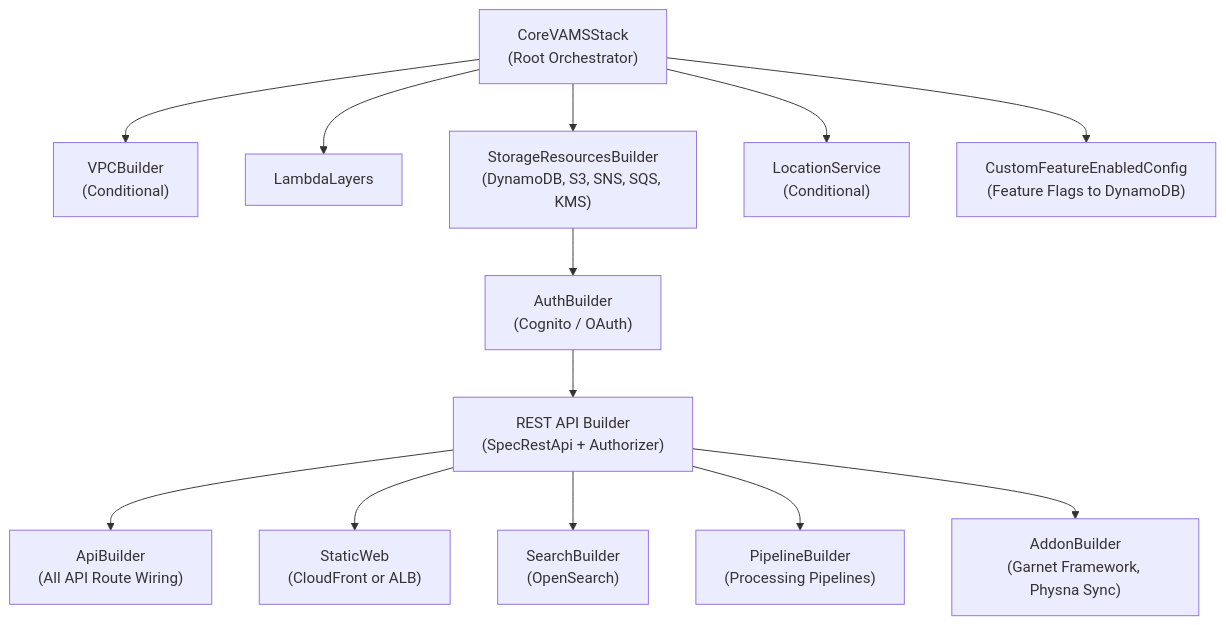
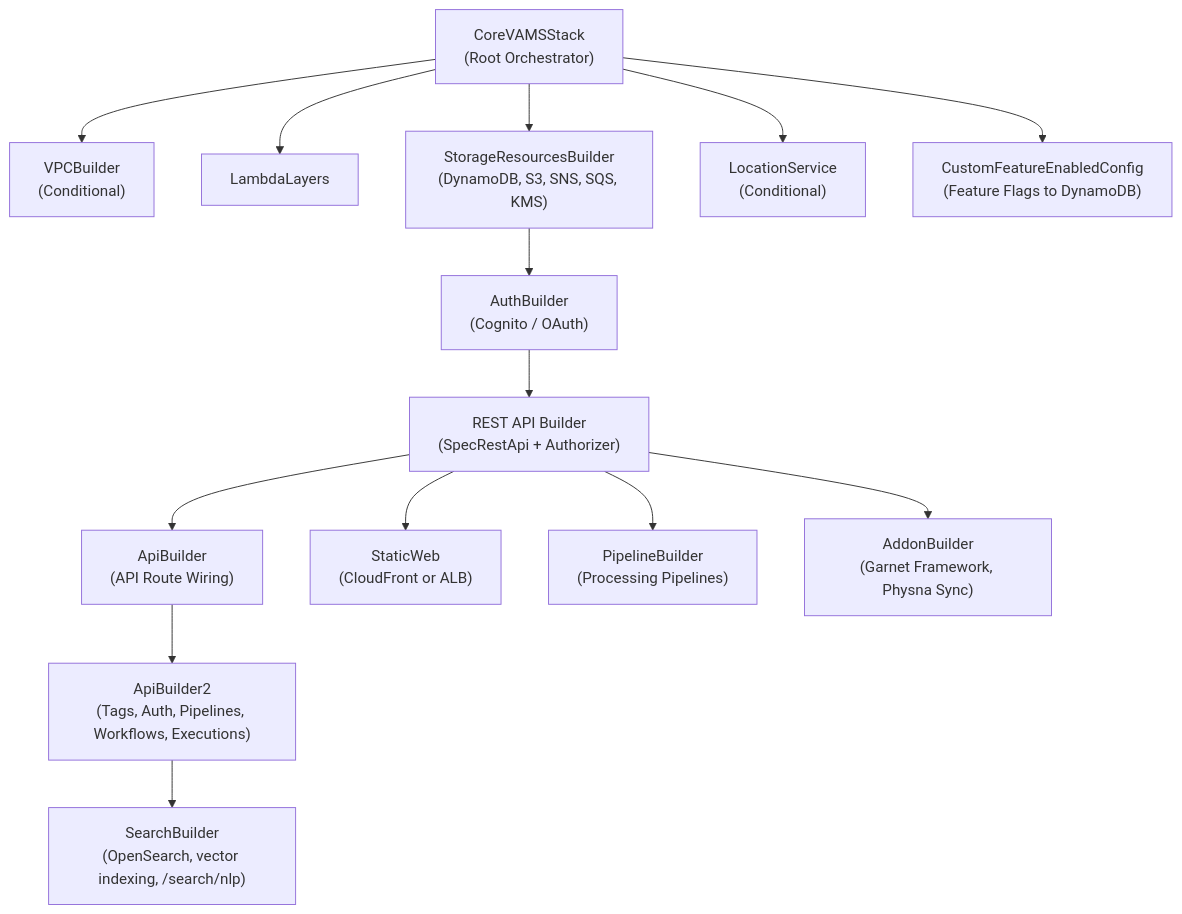
Before and after one commit to awslabs/visual-asset-management-system: the third of 3 diagrams in documentation/docusaurus-site/docs/architecture/overview.md, drawn with Mermaid. The commit also changed other lines of this file and 60 other files, not shown here.

````diff
--- a/documentation/docusaurus-site/docs/architecture/overview.md
+++ b/documentation/docusaurus-site/docs/architecture/overview.md
@@ -130,29 +130,31 @@
 ```mermaid
 graph TD
     Core["CoreVAMSStack<br/>(Root Orchestrator)"]
     VPC["VPCBuilder<br/>(Conditional)"]
     Layers["LambdaLayers"]
     Storage["StorageResourcesBuilder<br/>(DynamoDB, S3, SNS, SQS, KMS)"]
     Auth["AuthBuilder<br/>(Cognito / OAuth)"]
     API["REST API Builder<br/>(SpecRestApi + Authorizer)"]
-    APIBuilder["ApiBuilder<br/>(All API Route Wiring)"]
+    APIBuilder["ApiBuilder<br/>(API Route Wiring)"]
+    APIBuilder2["ApiBuilder2<br/>(Tags, Auth, Pipelines, Workflows, Executions)"]
     StaticWeb["StaticWeb<br/>(CloudFront or ALB)"]
-    Search["SearchBuilder<br/>(OpenSearch)"]
+    Search["SearchBuilder<br/>(OpenSearch, vector indexing, /search/nlp)"]
     Pipelines["PipelineBuilder<br/>(Processing Pipelines)"]
     Addons["AddonBuilder<br/>(Garnet Framework, Physna Sync)"]
     Location["LocationService<br/>(Conditional)"]
     Features["CustomFeatureEnabledConfig<br/>(Feature Flags to DynamoDB)"]
 
     Core --> VPC
     Core --> Layers
     Core --> Storage
     Storage --> Auth
     Auth --> API
     API --> APIBuilder
     API --> StaticWeb
-    API --> Search
+    APIBuilder --> APIBuilder2
+    APIBuilder2 --> Search
     API --> Pipelines
     API --> Addons
     Core --> Location
     Core --> Features
 ```
````
